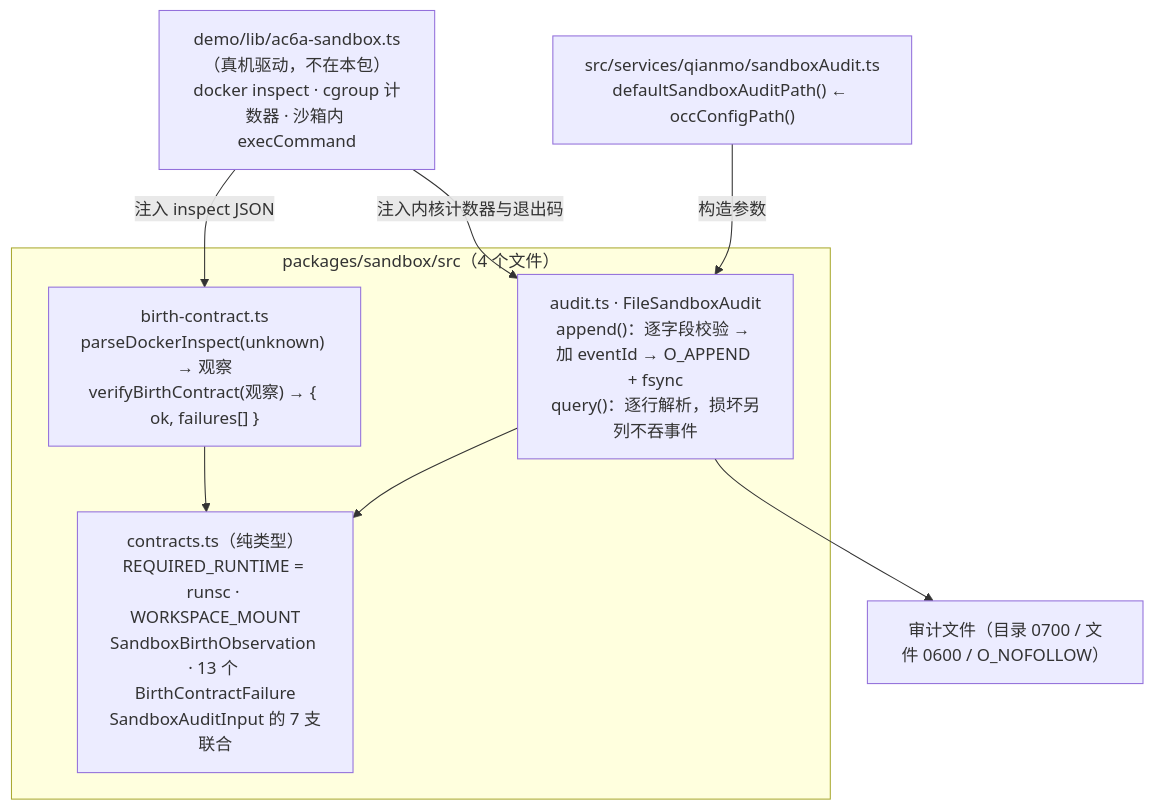
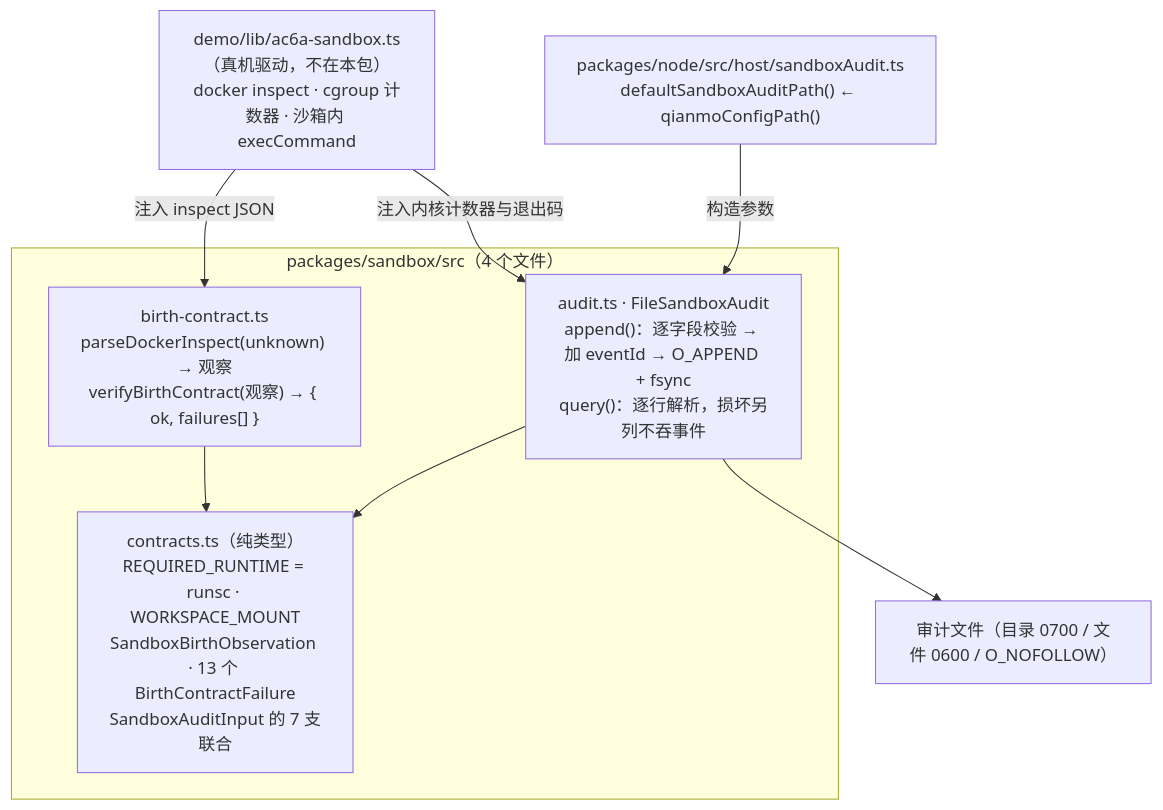
Before and after one commit to sweetcornna/atlas: the diagram in atlas/packages/sandbox/README.md, drawn with Mermaid. The commit also changed other lines of this file and 128 other files, not shown here.

````diff
--- a/atlas/packages/sandbox/README.md
+++ b/atlas/packages/sandbox/README.md
@@ -16,20 +16,20 @@
 ```mermaid
 flowchart TD
   driver["demo/lib/ac6a-sandbox.ts（真机驱动，不在本包）<br/>docker inspect · cgroup 计数器 · 沙箱内 execCommand"]
-  path["src/services/qianmo/sandboxAudit.ts<br/>defaultSandboxAuditPath() ← occConfigPath()"]
+  path["packages/node/src/host/sandboxAudit.ts<br/>defaultSandboxAuditPath() ← qianmoConfigPath()"]
 
   subgraph pkg["packages/sandbox/src（4 个文件）"]
     contracts["contracts.ts（纯类型）<br/>REQUIRED_RUNTIME = runsc · WORKSPACE_MOUNT<br/>SandboxBirthObservation · 13 个 BirthContractFailure<br/>SandboxAuditInput 的 7 支联合"]
     birth["birth-contract.ts<br/>parseDockerInspect(unknown) → 观察<br/>verifyBirthContract(观察) → { ok, failures[] }"]
     audit["audit.ts · FileSandboxAudit<br/>append()：逐字段校验 → 加 eventId → O_APPEND + fsync<br/>query()：逐行解析，损坏另列不吞事件"]
   end
 
   file["审计文件（目录 0700 / 文件 0600 / O_NOFOLLOW）"]
 
   driver -->|注入 inspect JSON| birth
   birth --> contracts
   driver -->|注入内核计数器与退出码| audit
   audit --> contracts
   path -->|构造参数| audit
   audit --> file
 ```
````
